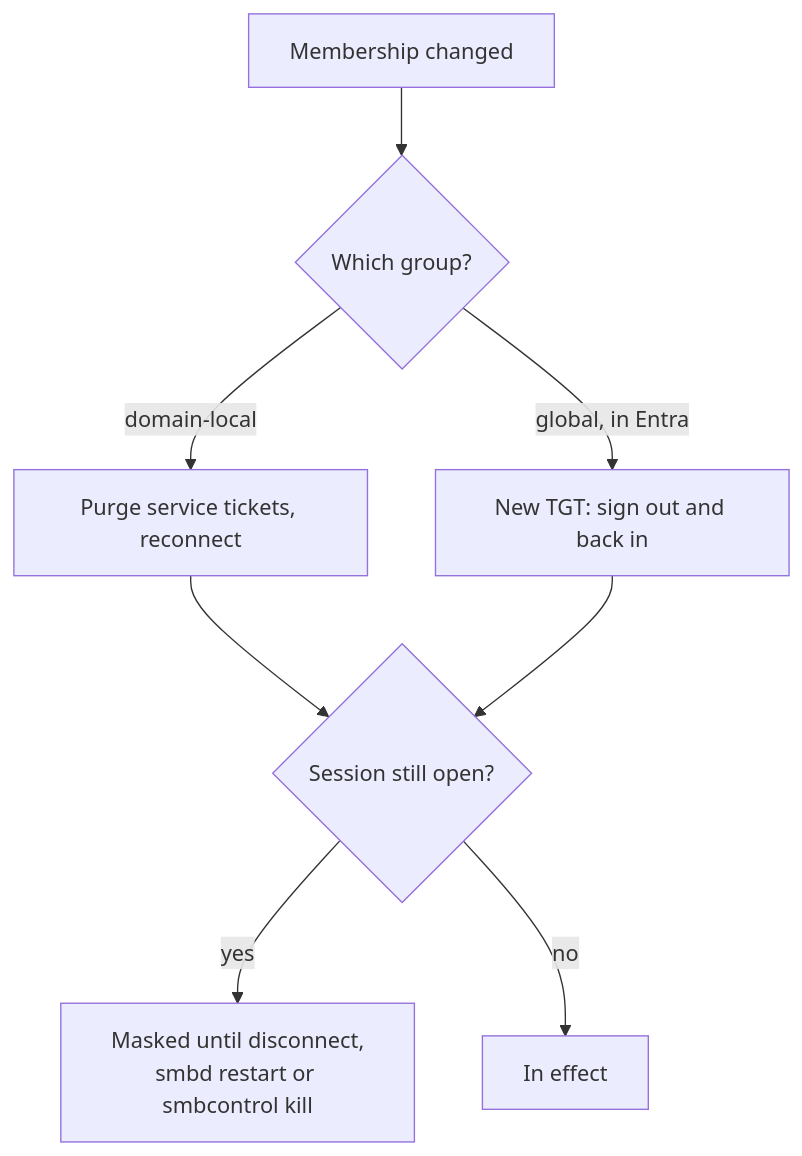
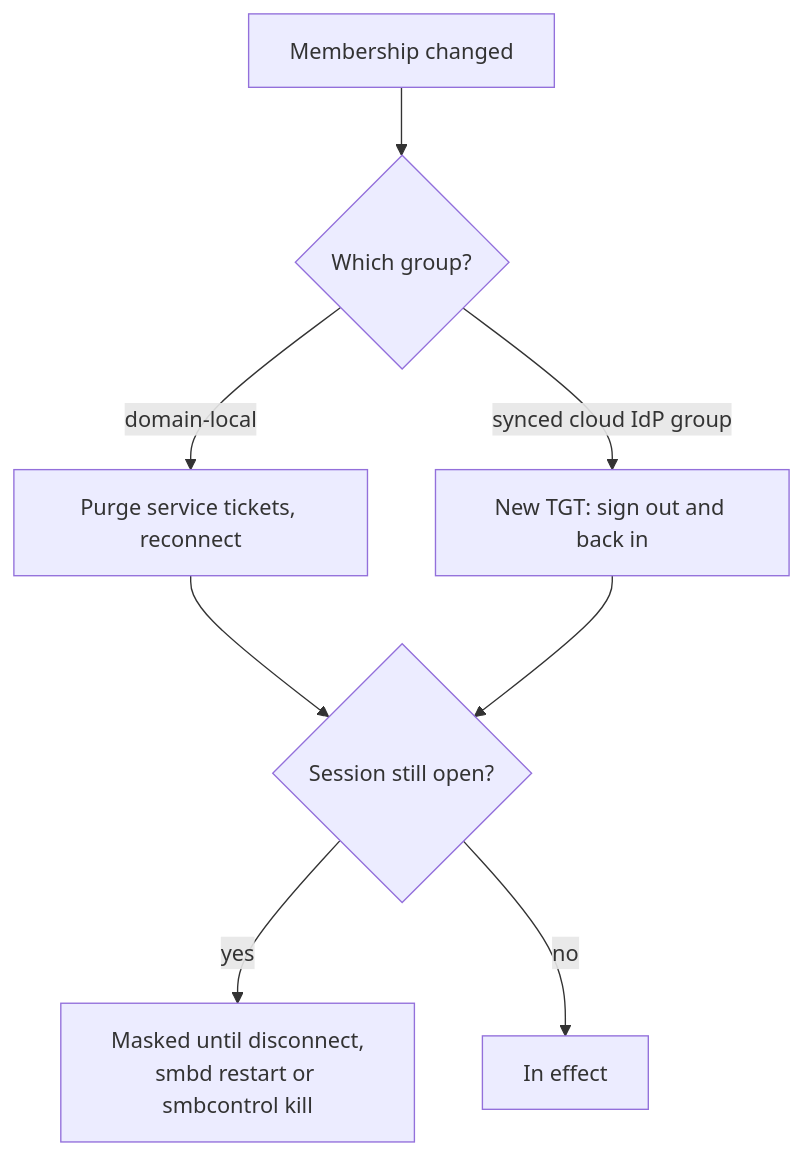
One commit to elonen/kerbridge changed the second of 2 diagrams in docs/setup/file-server.md. Above: the diagram before and after it, drawn with Mermaid. The commit also changed other lines of this file and 13 other files, not shown here.

````diff
--- a/docs/setup/file-server.md
+++ b/docs/setup/file-server.md
@@ -404,10 +403,10 @@
 ```mermaid
 flowchart TD
   chg["Membership changed"] --> which{"Which group?"}
   which -->|"domain-local"| dl["Purge service tickets, reconnect"]
-  which -->|"global, in Entra"| gl["New TGT: sign out and back in"]
+  which -->|"synced cloud IdP group"| gl["New TGT: sign out and back in"]
   dl --> open{"Session still open?"}
   gl --> open
   open -->|"yes"| masked["Masked until disconnect,<br/>smbd restart or smbcontrol kill"]
   open -->|"no"| live["In effect"]
 ```
````
